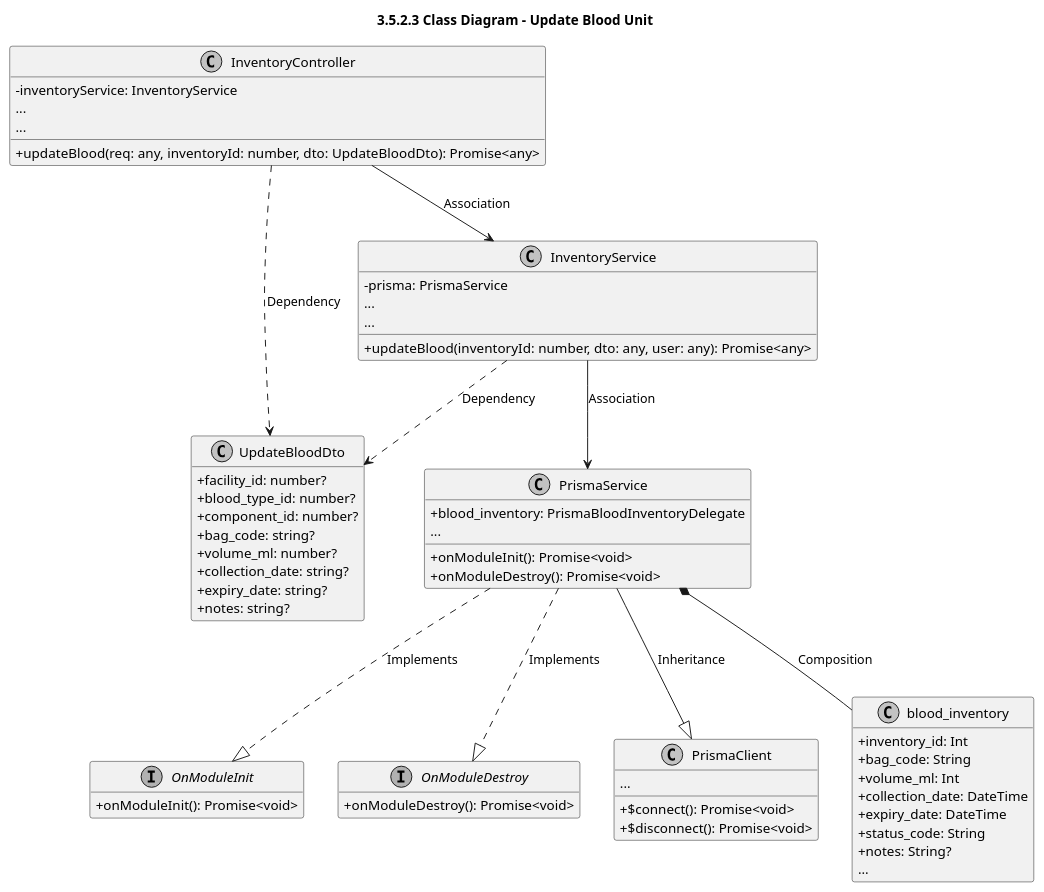
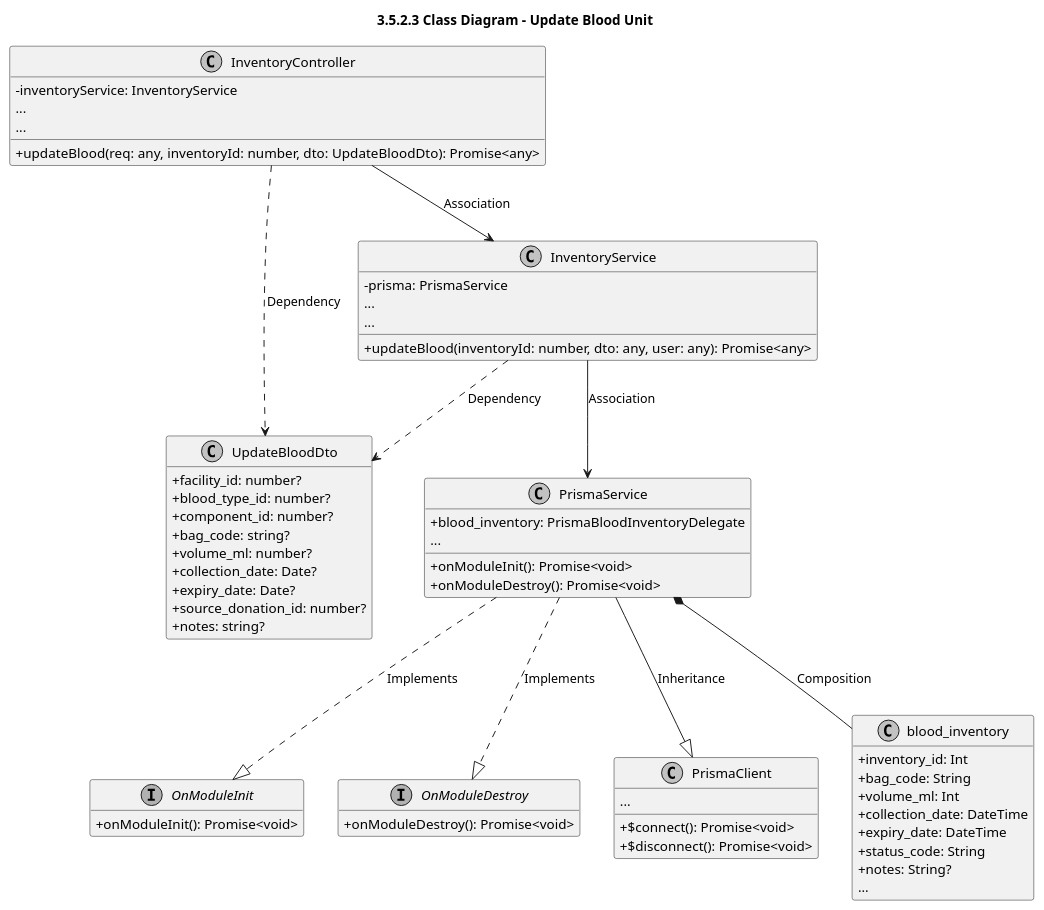
Before and after one commit to CuongBC195/class-diagram-donation-blood: the fourth of 6 diagrams in modules_plantuml/05_inventory.md, drawn with PlantUML. The commit also changed other lines of this file and 30 other files, not shown here.

Commit message:
fix(diagrams): achieve 100% capstone alignment with backend source code across all 13 modules

````diff
--- a/modules_plantuml/05_inventory.md
+++ b/modules_plantuml/05_inventory.md
@@ -370,76 +391,77 @@
 ```plantuml
 @startuml
 title 3.5.2.3 Class Diagram - Update Blood Unit
 skinparam classAttributeIconSize 0
 skinparam monochrome true
 skinparam shadowing false
 skinparam defaultFontName Arial
 hide empty members
 
 class InventoryController {
   -inventoryService: InventoryService
   ...
   +updateBlood(req: any, inventoryId: number, dto: UpdateBloodDto): Promise<any>
   ...
 }
 
 class UpdateBloodDto {
   +facility_id: number?
   +blood_type_id: number?
   +component_id: number?
   +bag_code: string?
   +volume_ml: number?
-  +collection_date: string?
-  +expiry_date: string?
+  +collection_date: Date?
+  +expiry_date: Date?
+  +source_donation_id: number?
   +notes: string?
 }
 
 class InventoryService {
   -prisma: PrismaService
   ...
   +updateBlood(inventoryId: number, dto: any, user: any): Promise<any>
   ...
 }
 
 interface OnModuleInit {
   +onModuleInit(): Promise<void>
 }
 
 interface OnModuleDestroy {
   +onModuleDestroy(): Promise<void>
 }
 
 class PrismaClient {
   +$connect(): Promise<void>
   +$disconnect(): Promise<void>
   ...
 }
 
 class PrismaService {
   +blood_inventory: PrismaBloodInventoryDelegate
   ...
   +onModuleInit(): Promise<void>
   +onModuleDestroy(): Promise<void>
 }
 
 class blood_inventory {
   +inventory_id: Int
   +bag_code: String
   +volume_ml: Int
   +collection_date: DateTime
   +expiry_date: DateTime
   +status_code: String
   +notes: String?
   ...
 }
 
 InventoryController --> InventoryService : Association
 InventoryController ..> UpdateBloodDto : Dependency
 InventoryService --> PrismaService : Association
 InventoryService ..> UpdateBloodDto : Dependency
 PrismaService --|> PrismaClient : Inheritance
 PrismaService ..|> OnModuleInit : Implements
 PrismaService ..|> OnModuleDestroy : Implements
 PrismaService *-- blood_inventory : Composition
 @enduml
 ```
````
